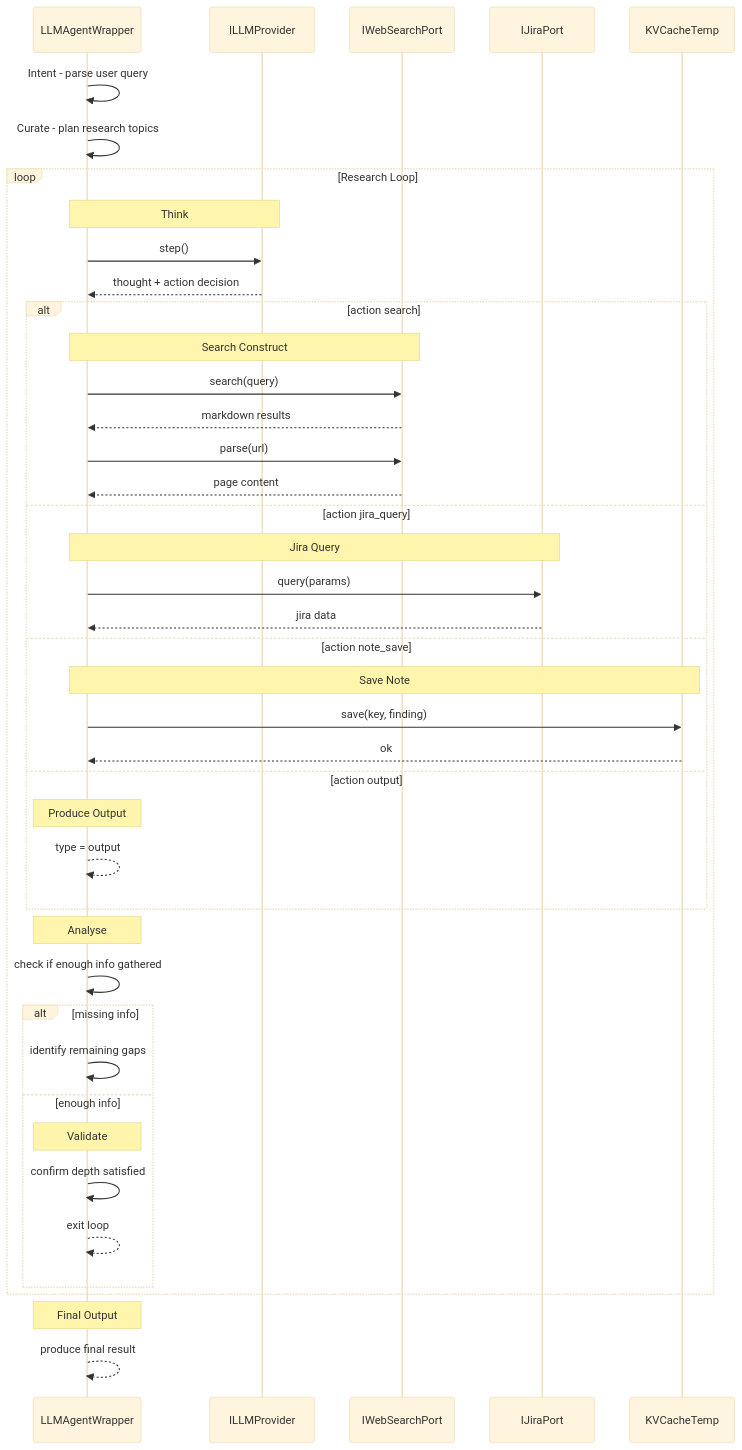
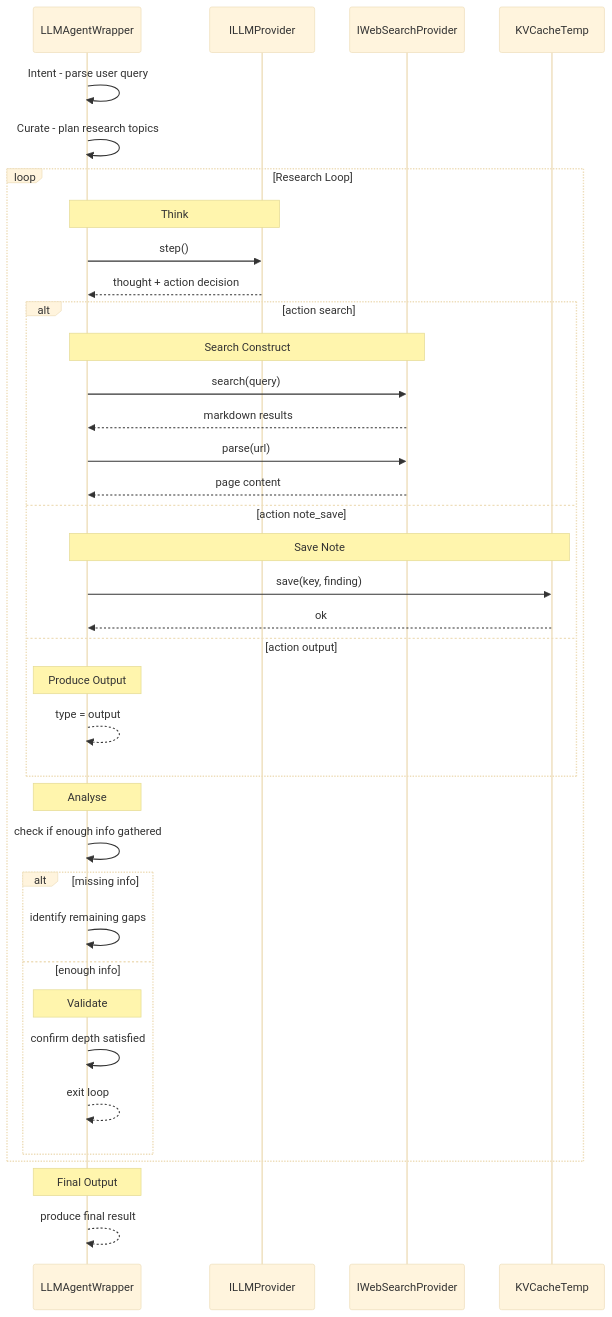
One commit to Glitch-guy0/self-consistency-research-agent changed the diagram in _bmad-output/planning-artifacts/s2-agent-cot-loop.md. Above: the diagram before and after it, drawn with Mermaid (base theme). The commit also changed other lines of this file and 7 other files, not shown here.

Commit message:
plan: uml approved and validated

````diff
--- a/_bmad-output/planning-artifacts/s2-agent-cot-loop.md
+++ b/_bmad-output/planning-artifacts/s2-agent-cot-loop.md
@@ -8,53 +8,47 @@
 ```mermaid
 sequenceDiagram
     participant Agent as LLMAgentWrapper
     participant LLM as ILLMProvider
-    participant Search as IWebSearchPort
-    participant Jira as IJiraPort
+    participant Search as IWebSearchProvider
     participant KV as KVCacheTemp
 
     Agent->>Agent: Intent - parse user query
     Agent->>Agent: Curate - plan research topics
 
     loop Research Loop
         Note over Agent,LLM: Think
         Agent->>LLM: step()
         LLM-->>Agent: thought + action decision
 
         alt action search
             Note over Agent,Search: Search Construct
             Agent->>Search: search(query)
             Search-->>Agent: markdown results
             Agent->>Search: parse(url)
             Search-->>Agent: page content
-
-        else action jira_query
-            Note over Agent,Jira: Jira Query
-            Agent->>Jira: query(params)
-            Jira-->>Agent: jira data
 
         else action note_save
             Note over Agent,KV: Save Note
             Agent->>KV: save(key, finding)
             KV-->>Agent: ok
 
         else action output
             Note over Agent,Agent: Produce Output
             Agent-->>Agent: type = output
         end
 
         Note over Agent: Analyse
         Agent->>Agent: check if enough info gathered
 
         alt missing info
             Agent->>Agent: identify remaining gaps
         else enough info
             Note over Agent: Validate
             Agent->>Agent: confirm depth satisfied
             Agent-->>Agent: exit loop
         end
     end
 
     Note over Agent,Agent: Final Output
     Agent-->>Agent: produce final result
 ```
````
